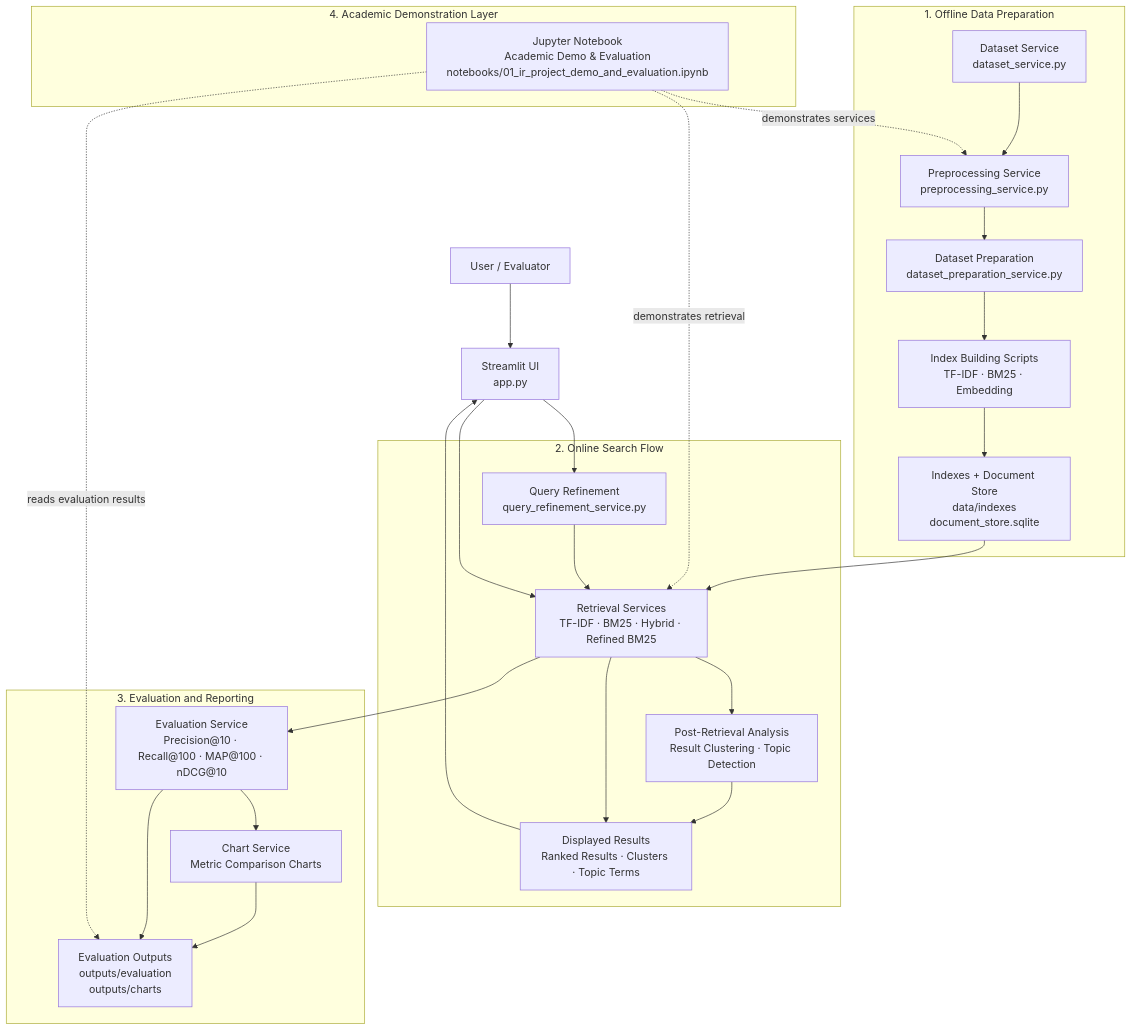
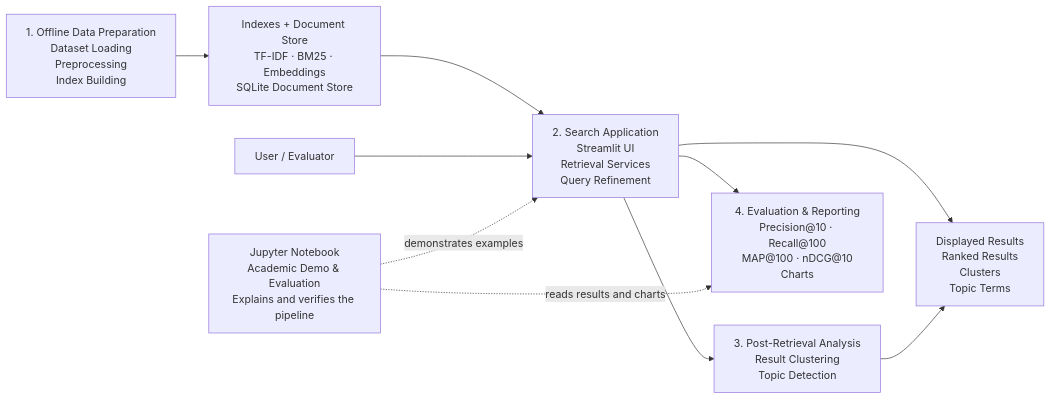
The diagram in report/architecture_diagram.md (maya-mahairy/information-retrieval-system), drawn with Mermaid before and after one commit.

Commit message:
archi diagram

````diff
--- a/report/architecture_diagram.md
+++ b/report/architecture_diagram.md
@@ -1,57 +1,31 @@
 ```mermaid
-flowchart TD
+flowchart LR
 
     USER["User / Evaluator"]
-    UI["Streamlit UI<br/>app.py"]
 
-    subgraph OFFLINE["1. Offline Data Preparation"]
-        DS["Dataset Service<br/>dataset_service.py"]
-        PRE["Preprocessing Service<br/>preprocessing_service.py"]
-        DPREP["Dataset Preparation<br/>dataset_preparation_service.py"]
-        BUILD["Index Building Scripts<br/>TF-IDF · BM25 · Embedding"]
-        STORE["Indexes + Document Store<br/>data/indexes<br/>document_store.sqlite"]
+    PREP["1. Offline Data Preparation<br/>Dataset Loading<br/>Preprocessing<br/>Index Building"]
 
-        DS --> PRE
-        PRE --> DPREP
-        DPREP --> BUILD
-        BUILD --> STORE
-    end
+    STORE["Indexes + Document Store<br/>TF-IDF · BM25 · Embeddings<br/>SQLite Document Store"]
 
-    subgraph ONLINE["2. Online Search Flow"]
-        QR["Query Refinement<br/>query_refinement_service.py"]
-        RET["Retrieval Services<br/>TF-IDF · BM25 · Hybrid · Refined BM25"]
-        ANALYSIS["Post-Retrieval Analysis<br/>Result Clustering · Topic Detection"]
-        RESULTS["Displayed Results<br/>Ranked Results · Clusters · Topic Terms"]
+    SEARCH["2. Search Application<br/>Streamlit UI<br/>Retrieval Services<br/>Query Refinement"]
 
-        QR --> RET
-        RET --> ANALYSIS
-        RET --> RESULTS
-        ANALYSIS --> RESULTS
-    end
+    ANALYSIS["3. Post-Retrieval Analysis<br/>Result Clustering<br/>Topic Detection"]
 
-    subgraph EVAL["3. Evaluation and Reporting"]
-        EV["Evaluation Service<br/>Precision@10 · Recall@100 · MAP@100 · nDCG@10"]
-        CHARTS["Chart Service<br/>Metric Comparison Charts"]
-        OUT["Evaluation Outputs<br/>outputs/evaluation<br/>outputs/charts"]
+    RESULTS["Displayed Results<br/>Ranked Results<br/>Clusters<br/>Topic Terms"]
 
-        EV --> CHARTS
-        EV --> OUT
-        CHARTS --> OUT
-    end
+    EVAL["4. Evaluation & Reporting<br/>Precision@10 · Recall@100<br/>MAP@100 · nDCG@10<br/>Charts"]
 
-    subgraph ACADEMIC["4. Academic Demonstration Layer"]
-        NB["Jupyter Notebook<br/>Academic Demo & Evaluation<br/>notebooks/01_ir_project_demo_and_evaluation.ipynb"]
-    end
+    NOTEBOOK["Jupyter Notebook<br/>Academic Demo & Evaluation<br/>Explains and verifies the pipeline"]
 
-    USER --> UI
-    UI --> QR
-    UI --> RET
-    STORE --> RET
-    RESULTS --> UI
+    PREP --> STORE
+    STORE --> SEARCH
+    USER --> SEARCH
+    SEARCH --> RESULTS
+    SEARCH --> ANALYSIS
+    ANALYSIS --> RESULTS
 
-    RET --> EV
+    SEARCH --> EVAL
 
-    NB -. "demonstrates services" .-> PRE
-    NB -. "demonstrates retrieval" .-> RET
-    NB -. "reads evaluation results" .-> OUT
+    NOTEBOOK -. reads results and charts .-> EVAL
+    NOTEBOOK -. demonstrates examples .-> SEARCH
 ```
````
